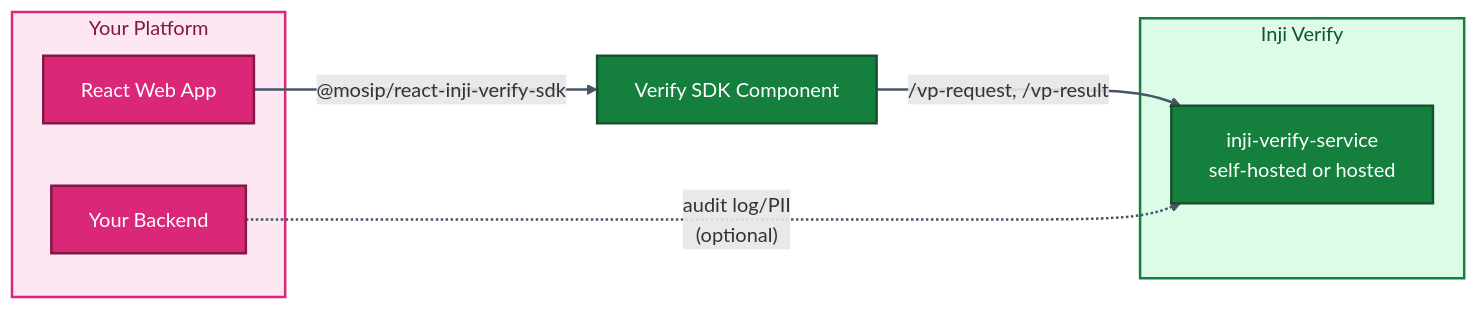
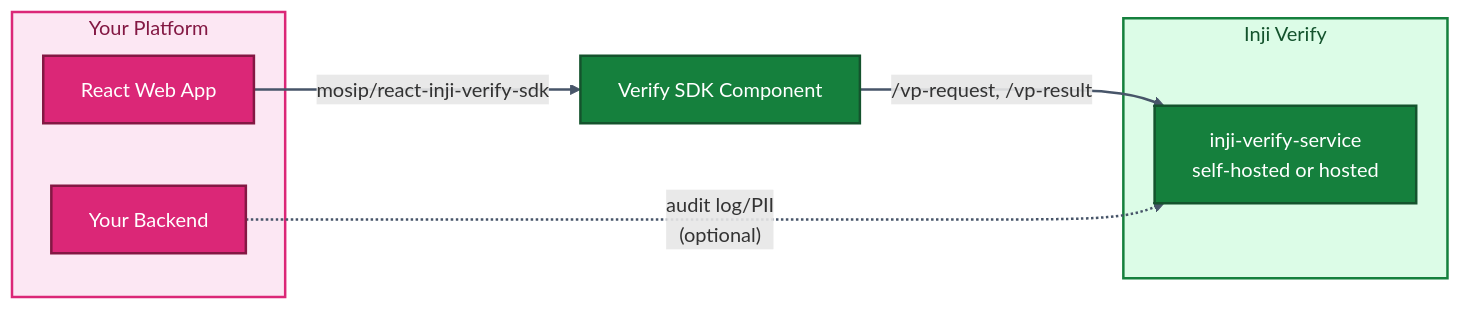
One commit to viitoradmin/inji-digital-health-id changed the third of 12 diagrams in developer docs/10-Platform-Integration-Strategies.md. Above: the diagram before and after it, drawn with Mermaid. The commit also changed 3 other files, not shown here.

Commit message:
fix(docs): remove @ from mermaid diagrams for GitHub rendering

````diff
--- a/developer docs/10-Platform-Integration-Strategies.md
+++ b/developer docs/10-Platform-Integration-Strategies.md
@@ -86,24 +86,24 @@
 ```mermaid
 flowchart LR
     subgraph YourPlatform["Your Platform"]
         FE[React Web App]
         BE[Your Backend]
     end
     subgraph Verify["Inji Verify"]
         IV[inji-verify-service<br/>self-hosted or hosted]
     end
-    FE -- "@mosip/react-inji-verify-sdk" --> SDK[Verify SDK Component]
+    FE -- "mosip/react-inji-verify-sdk" --> SDK["Verify SDK Component"]
     SDK -- "/vp-request, /vp-result" --> IV
     BE -. "audit log/PII<br/>(optional)" .-> IV
 
     classDef yourClass fill:#DB2777,stroke:#831843,stroke-width:2px,color:#FFFFFF
     classDef verifyClass fill:#15803D,stroke:#14532D,stroke-width:2px,color:#FFFFFF
 
     class FE,BE yourClass
     class SDK,IV verifyClass
 
     style YourPlatform fill:#FCE7F3,stroke:#DB2777,stroke-width:2px,color:#831843
     style Verify fill:#DCFCE7,stroke:#15803D,stroke-width:2px,color:#14532D
 
     linkStyle default stroke:#475569,stroke-width:2px
 ```
````
